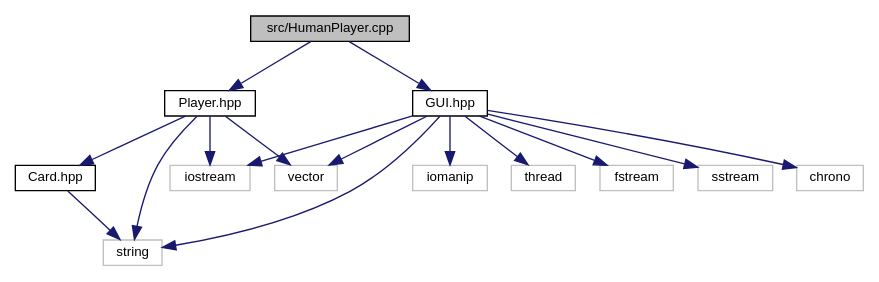
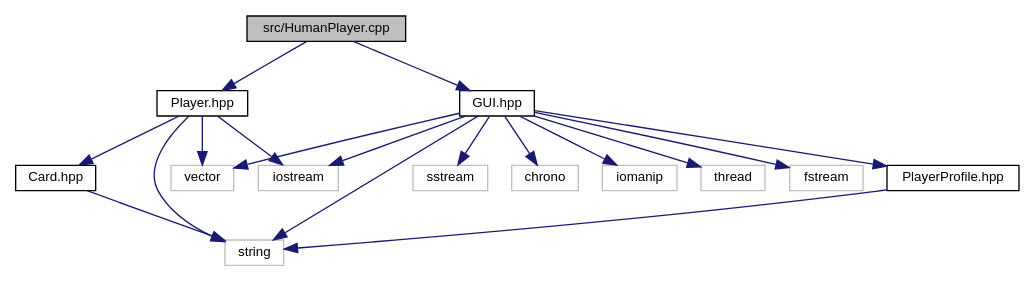
The diagram in _human_player_8cpp__incl.dot (jesstyrrell/cosc345), drawn with Graphviz before and after one commit. The commit also changed 229 other files, not shown here.

```diff
--- a/_human_player_8cpp__incl.dot
+++ b/_human_player_8cpp__incl.dot
@@ -1,34 +1,37 @@
 digraph "src/HumanPlayer.cpp"
 {
  // INTERACTIVE_SVG=YES
  // LATEX_PDF_SIZE
   edge [fontname="Helvetica",fontsize="10",labelfontname="Helvetica",labelfontsize="10"];
   node [fontname="Helvetica",fontsize="10",shape=record];
   Node1 [label="src/HumanPlayer.cpp",height=0.2,width=0.4,color="black", fillcolor="grey75", style="filled", fontcolor="black",tooltip=" "];
   Node1 -> Node2 [color="midnightblue",fontsize="10",style="solid",fontname="Helvetica"];
   Node2 [label="Player.hpp",height=0.2,width=0.4,color="black", fillcolor="white", style="filled",URL="$_player_8hpp.html",tooltip=" "];
   Node2 -> Node3 [color="midnightblue",fontsize="10",style="solid",fontname="Helvetica"];
   Node3 [label="iostream",height=0.2,width=0.4,color="grey75", fillcolor="white", style="filled",tooltip=" "];
   Node2 -> Node4 [color="midnightblue",fontsize="10",style="solid",fontname="Helvetica"];
   Node4 [label="vector",height=0.2,width=0.4,color="grey75", fillcolor="white", style="filled",tooltip=" "];
   Node2 -> Node5 [color="midnightblue",fontsize="10",style="solid",fontname="Helvetica"];
   Node5 [label="string",height=0.2,width=0.4,color="grey75", fillcolor="white", style="filled",tooltip=" "];
   Node2 -> Node6 [color="midnightblue",fontsize="10",style="solid",fontname="Helvetica"];
   Node6 [label="Card.hpp",height=0.2,width=0.4,color="black", fillcolor="white", style="filled",URL="$_card_8hpp.html",tooltip=" "];
   Node6 -> Node5 [color="midnightblue",fontsize="10",style="solid",fontname="Helvetica"];
   Node1 -> Node7 [color="midnightblue",fontsize="10",style="solid",fontname="Helvetica"];
   Node7 [label="GUI.hpp",height=0.2,width=0.4,color="black", fillcolor="white", style="filled",URL="$_g_u_i_8hpp.html",tooltip=" "];
   Node7 -> Node3 [color="midnightblue",fontsize="10",style="solid",fontname="Helvetica"];
   Node7 -> Node5 [color="midnightblue",fontsize="10",style="solid",fontname="Helvetica"];
   Node7 -> Node4 [color="midnightblue",fontsize="10",style="solid",fontname="Helvetica"];
   Node7 -> Node8 [color="midnightblue",fontsize="10",style="solid",fontname="Helvetica"];
   Node8 [label="thread",height=0.2,width=0.4,color="grey75", fillcolor="white", style="filled",tooltip=" "];
   Node7 -> Node9 [color="midnightblue",fontsize="10",style="solid",fontname="Helvetica"];
   Node9 [label="fstream",height=0.2,width=0.4,color="grey75", fillcolor="white", style="filled",tooltip=" "];
   Node7 -> Node10 [color="midnightblue",fontsize="10",style="solid",fontname="Helvetica"];
   Node10 [label="sstream",height=0.2,width=0.4,color="grey75", fillcolor="white", style="filled",tooltip=" "];
   Node7 -> Node11 [color="midnightblue",fontsize="10",style="solid",fontname="Helvetica"];
   Node11 [label="chrono",height=0.2,width=0.4,color="grey75", fillcolor="white", style="filled",tooltip=" "];
   Node7 -> Node12 [color="midnightblue",fontsize="10",style="solid",fontname="Helvetica"];
   Node12 [label="iomanip",height=0.2,width=0.4,color="grey75", fillcolor="white", style="filled",tooltip=" "];
+  Node7 -> Node13 [color="midnightblue",fontsize="10",style="solid",fontname="Helvetica"];
+  Node13 [label="PlayerProfile.hpp",height=0.2,width=0.4,color="black", fillcolor="white", style="filled",URL="$_player_profile_8hpp.html",tooltip=" "];
+  Node13 -> Node5 [color="midnightblue",fontsize="10",style="solid",fontname="Helvetica"];
 }
```
